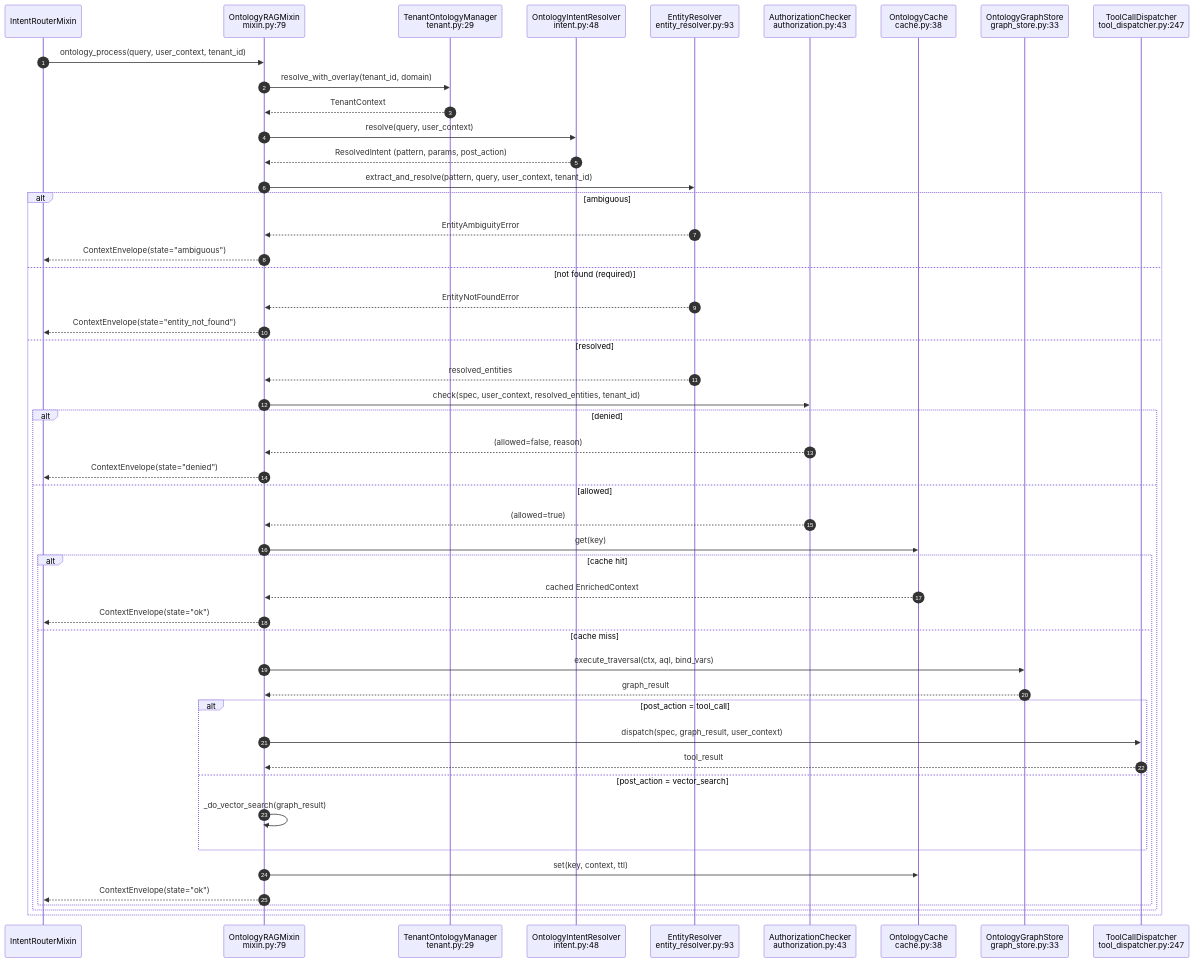
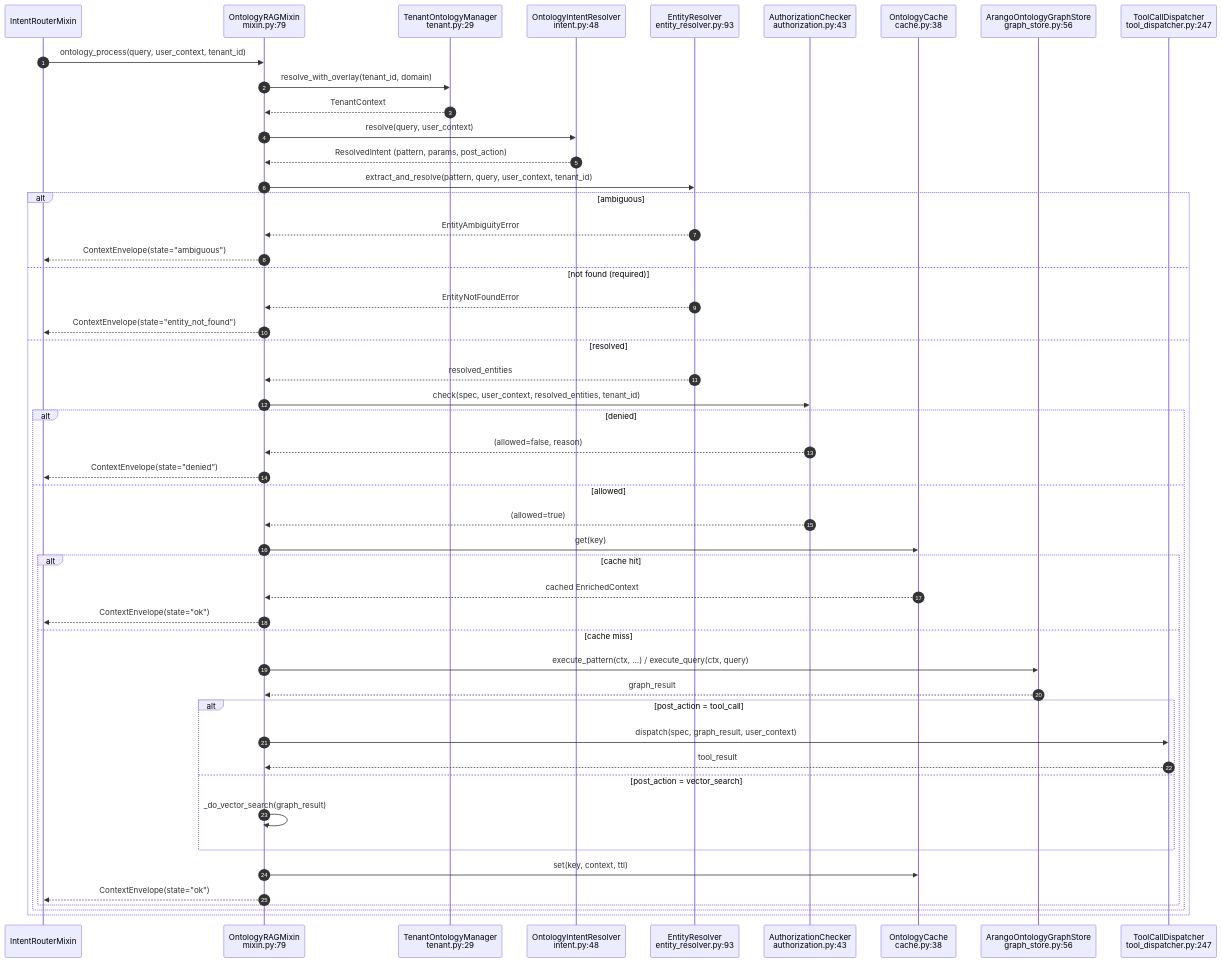
Before and after one commit to phenobarbital/ai-parrot: the fifth of 8 diagrams in docs/architecture/09-ontologic-rag.md, drawn with Mermaid. The commit also changed other lines of this file and 10 other files, not shown here.

First line of the commit message:
fix(graphindex-core-seams): make wiki schema plane import-light and refresh ontologic-rag docs

````diff
--- a/docs/architecture/09-ontologic-rag.md
+++ b/docs/architecture/09-ontologic-rag.md
@@ -339,58 +348,58 @@
 ```mermaid
 sequenceDiagram
     autonumber
     participant Bot as IntentRouterMixin
     participant Mix as OntologyRAGMixin<br/>mixin.py:79
     participant TM as TenantOntologyManager<br/>tenant.py:29
     participant IR as OntologyIntentResolver<br/>intent.py:48
     participant ER as EntityResolver<br/>entity_resolver.py:93
     participant AZ as AuthorizationChecker<br/>authorization.py:43
     participant Cache as OntologyCache<br/>cache.py:38
-    participant GS as OntologyGraphStore<br/>graph_store.py:33
+    participant GS as ArangoOntologyGraphStore<br/>graph_store.py:56
     participant TD as ToolCallDispatcher<br/>tool_dispatcher.py:247
 
     Bot->>Mix: ontology_process(query, user_context, tenant_id)
     Mix->>TM: resolve_with_overlay(tenant_id, domain)
     TM-->>Mix: TenantContext
 
     Mix->>IR: resolve(query, user_context)
     IR-->>Mix: ResolvedIntent (pattern, params, post_action)
 
     Mix->>ER: extract_and_resolve(pattern, query, user_context, tenant_id)
     alt ambiguous
         ER-->>Mix: EntityAmbiguityError
         Mix-->>Bot: ContextEnvelope(state="ambiguous")
     else not found (required)
         ER-->>Mix: EntityNotFoundError
         Mix-->>Bot: ContextEnvelope(state="entity_not_found")
     else resolved
         ER-->>Mix: resolved_entities
 
         Mix->>AZ: check(spec, user_context, resolved_entities, tenant_id)
         alt denied
             AZ-->>Mix: (allowed=false, reason)
             Mix-->>Bot: ContextEnvelope(state="denied")
         else allowed
             AZ-->>Mix: (allowed=true)
 
             Mix->>Cache: get(key)
             alt cache hit
                 Cache-->>Mix: cached EnrichedContext
                 Mix-->>Bot: ContextEnvelope(state="ok")
             else cache miss
-                Mix->>GS: execute_traversal(ctx, aql, bind_vars)
+                Mix->>GS: execute_pattern(ctx, ...) / execute_query(ctx, query)
                 GS-->>Mix: graph_result
 
                 alt post_action = tool_call
                     Mix->>TD: dispatch(spec, graph_result, user_context)
                     TD-->>Mix: tool_result
                 else post_action = vector_search
                     Mix->>Mix: _do_vector_search(graph_result)
                 end
 
                 Mix->>Cache: set(key, context, ttl)
                 Mix-->>Bot: ContextEnvelope(state="ok")
             end
         end
     end
 ```
````
